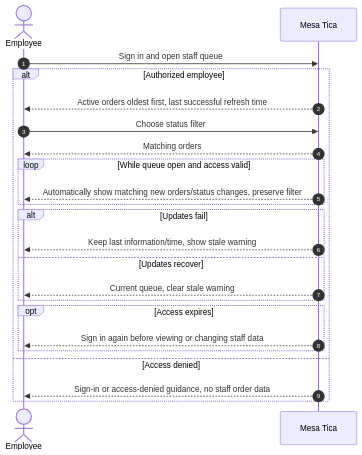
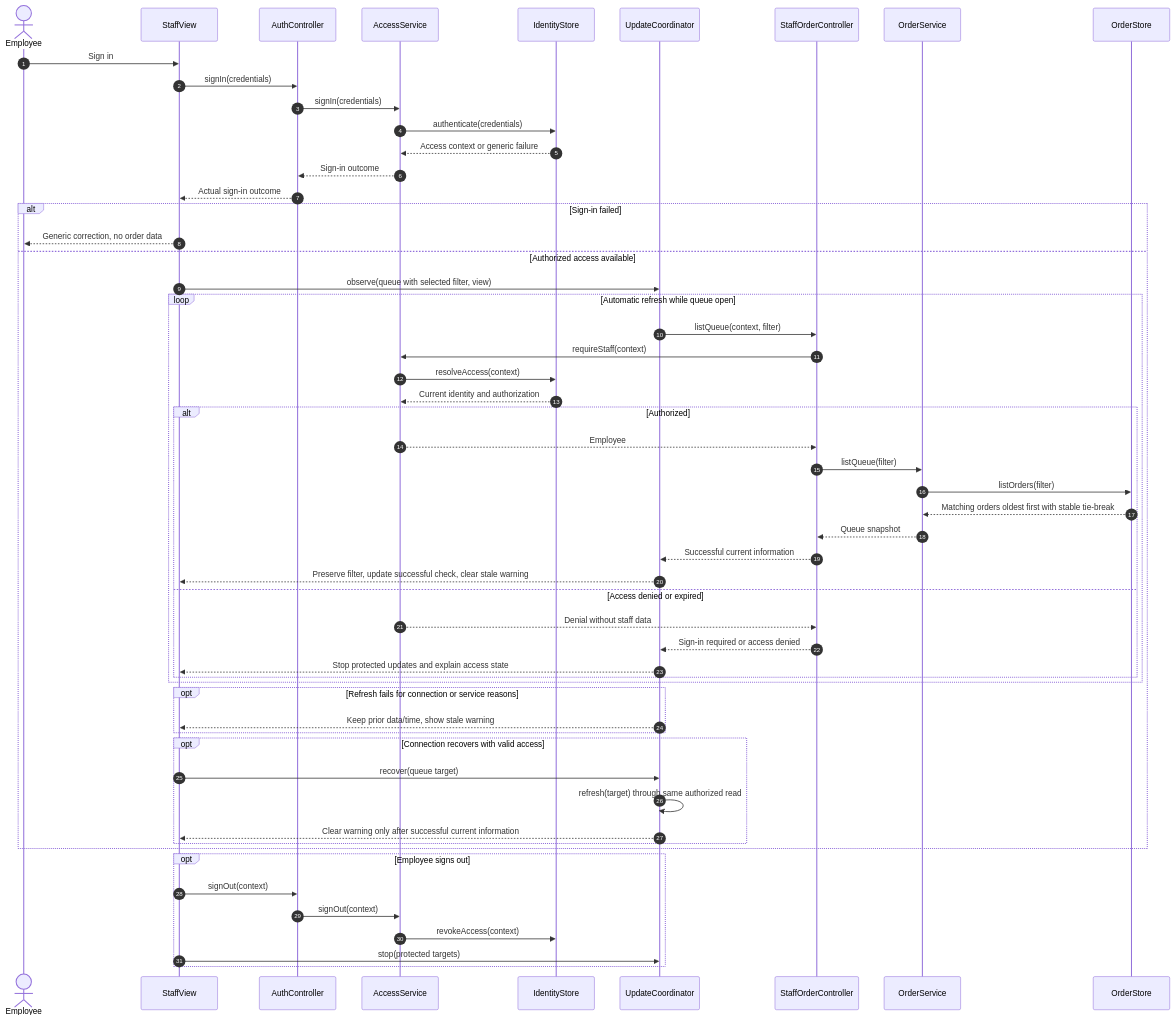
Before and after one commit to axantillon/mesa-tica: the diagram in design/diagrams/B1-queue.mmd, drawn with Mermaid. The commit also changed 16 other files, not shown here.

Commit message:
Define framework-agnostic architecture and detailed interaction design

```diff
--- a/design/diagrams/B1-queue.mmd
+++ b/design/diagrams/B1-queue.mmd
@@ -1,23 +1,56 @@
 sequenceDiagram
     autonumber
     actor Employee
-    participant Product as Mesa Tica
-    Employee->>Product: Sign in and open staff queue
-    alt Authorized employee
-    Product-->>Employee: Active orders oldest first, last successful refresh time
-    Employee->>Product: Choose status filter
-    Product-->>Employee: Matching orders
-    loop While queue open and access valid
-    Product-->>Employee: Automatically show matching new orders/status changes, preserve filter
+    participant UI as StaffView
+    participant A as AuthController
+    participant Access as AccessService
+    participant I as IdentityStore
+    participant U as UpdateCoordinator
+    participant C as StaffOrderController
+    participant S as OrderService
+    participant O as OrderStore
+    Employee->>UI: Sign in
+    UI->>A: signIn(credentials)
+    A->>Access: signIn(credentials)
+    Access->>I: authenticate(credentials)
+    I-->>Access: Access context or generic failure
+    Access-->>A: Sign-in outcome
+    A-->>UI: Actual sign-in outcome
+    alt Sign-in failed
+    UI-->>Employee: Generic correction, no order data
+    else Authorized access available
+    UI->>U: observe(queue with selected filter, view)
+    loop Automatic refresh while queue open
+    U->>C: listQueue(context, filter)
+    C->>Access: requireStaff(context)
+    Access->>I: resolveAccess(context)
+    I-->>Access: Current identity and authorization
+    alt Authorized
+    Access-->>C: Employee
+    C->>S: listQueue(filter)
+    S->>O: listOrders(filter)
+    O-->>S: Matching orders oldest first with stable tie-break
+    S-->>C: Queue snapshot
+    C-->>U: Successful current information
+    U-->>UI: Preserve filter, update successful check, clear stale warning
+    else Access denied or expired
+    Access-->>C: Denial without staff data
+    C-->>U: Sign-in required or access denied
+    U-->>UI: Stop protected updates and explain access state
     end
-    alt Updates fail
-    Product-->>Employee: Keep last information/time, show stale warning
-    else Updates recover
-    Product-->>Employee: Current queue, clear stale warning
     end
-    opt Access expires
-    Product-->>Employee: Sign in again before viewing or changing staff data
+    opt Refresh fails for connection or service reasons
+    U-->>UI: Keep prior data/time, show stale warning
     end
-    else Access denied
-    Product-->>Employee: Sign-in or access-denied guidance, no staff order data
+    opt Connection recovers with valid access
+    UI->>U: recover(queue target)
+    U->>U: refresh(target) through same authorized read
+    U-->>UI: Clear warning only after successful current information
     end
+    end
+    opt Employee signs out
+    UI->>A: signOut(context)
+    A->>Access: signOut(context)
+    Access->>I: revokeAccess(context)
+    UI->>U: stop(protected targets)
+    end
```
